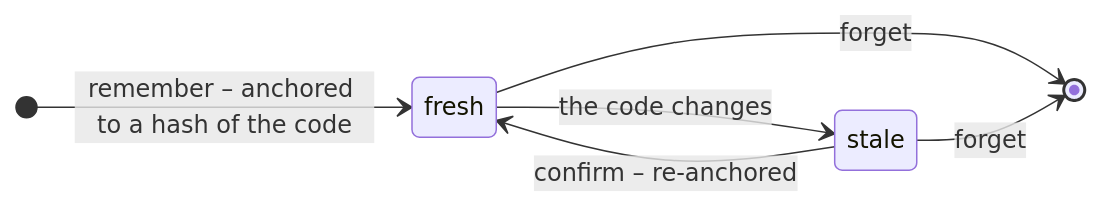
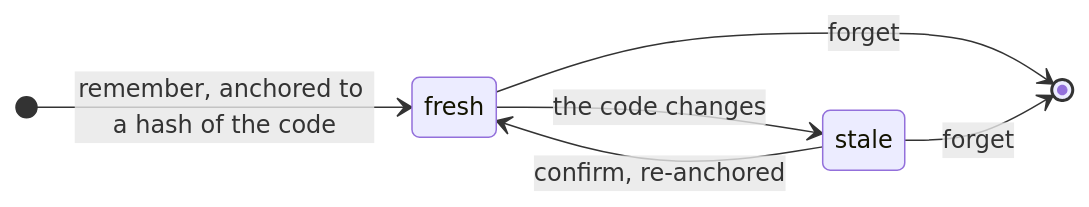
The third of 4 diagrams in README.md (A12N4V/kula), drawn with Mermaid before and after one commit. The commit also changed other lines of this file and 3 other files, not shown here.

````diff
--- a/README.md
+++ b/README.md
@@ -248,9 +248,9 @@
 ```mermaid
 stateDiagram-v2
     direction LR
-    [*] --> fresh: remember – anchored to a hash of the code
+    [*] --> fresh: remember, anchored to a hash of the code
     fresh --> stale: the code changes
-    stale --> fresh: confirm – re-anchored
+    stale --> fresh: confirm, re-anchored
     fresh --> [*]: forget
     stale --> [*]: forget
 ```
````
